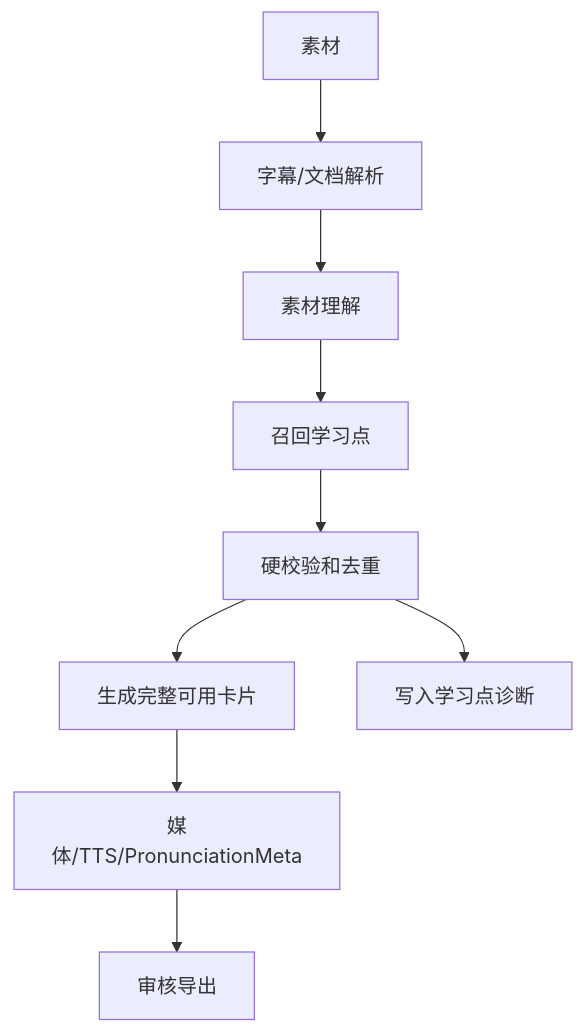
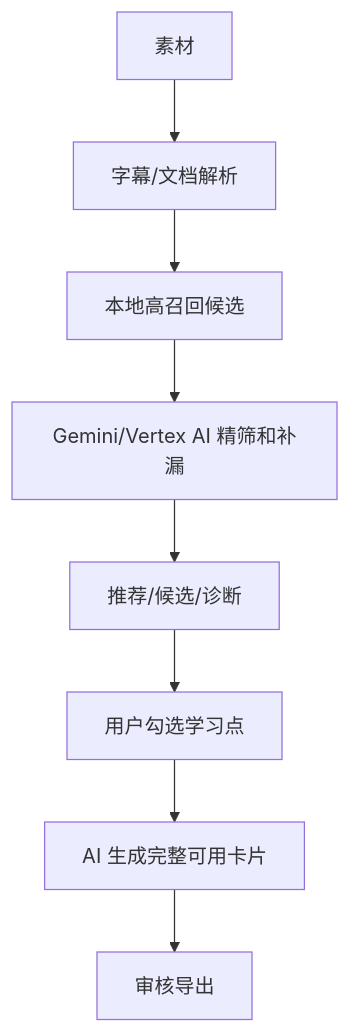
One commit to zixuanzhou0-ai/Anki-card-generator changed the diagram in docs/USER_GUIDE.md. Above: the diagram before and after it, drawn with Mermaid. The commit also changed other lines of this file and 77 other files, not shown here.

````diff
--- a/docs/USER_GUIDE.md
+++ b/docs/USER_GUIDE.md
@@ -199,11 +216,10 @@
 ```mermaid
 flowchart TB
   A["素材"] --> B["字幕/文档解析"]
-  B --> C["素材理解"]
-  C --> D["召回学习点"]
-  D --> E["硬校验和去重"]
-  E --> F["生成完整可用卡片"]
-  E --> G["写入学习点诊断"]
-  F --> H["媒体/TTS/PronunciationMeta"]
-  H --> I["审核导出"]
+  B --> C["本地高召回候选"]
+  C --> D["Gemini/Vertex AI 精筛和补漏"]
+  D --> E["推荐/候选/诊断"]
+  E --> F["用户勾选学习点"]
+  F --> G["AI 生成完整可用卡片"]
+  G --> H["审核导出"]
 ```
````
